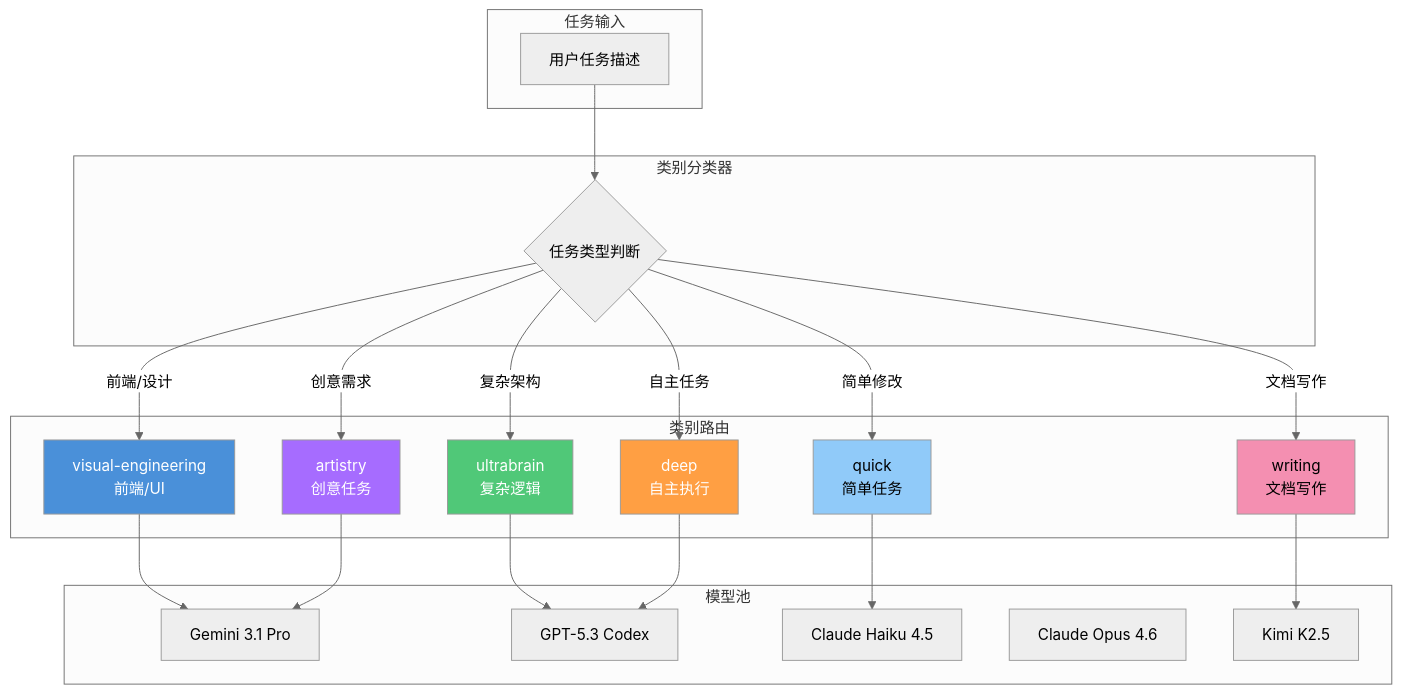
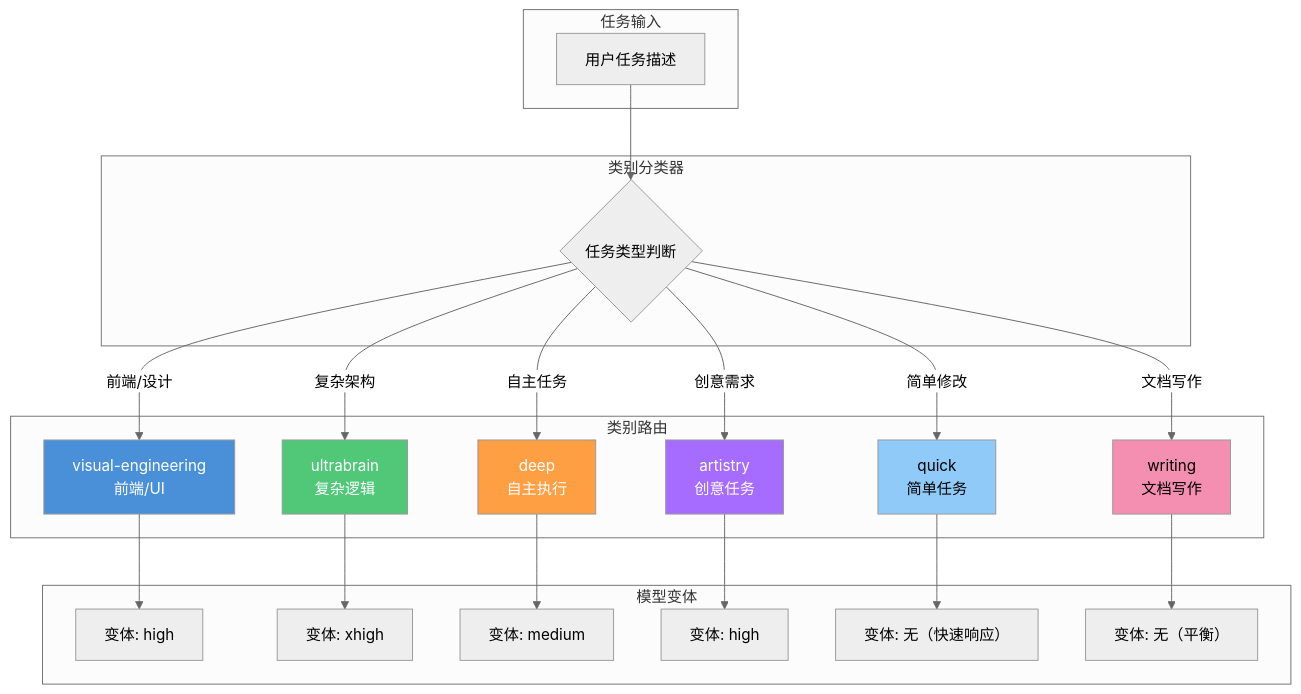
The second of 3 diagrams in src/03-setup/opencode-config.md (tonydeng/harness-engineering-from-oc-to-ai-coding), drawn with Mermaid (neutral theme) before and after one commit. The commit also changed other lines of this file and 39 other files, not shown here.

````diff
--- a/src/03-setup/opencode-config.md
+++ b/src/03-setup/opencode-config.md
@@ -388,49 +635,50 @@
 ```mermaid
 flowchart TB
     subgraph Input["任务输入"]
         T1["用户任务描述"]
     end
     
     subgraph Classifier["类别分类器"]
         C1{任务类型判断}
     end
     
     subgraph Categories["类别路由"]
         CAT1["visual-engineering<br/>前端/UI"]
         CAT2["ultrabrain<br/>复杂逻辑"]
         CAT3["deep<br/>自主执行"]
         CAT4["artistry<br/>创意任务"]
         CAT5["quick<br/>简单任务"]
         CAT6["writing<br/>文档写作"]
     end
     
-    subgraph Models["模型池"]
-        M1["Gemini 3.1 Pro"]
-        M2["GPT-5.3 Codex"]
-        M3["Claude Haiku 4.5"]
-        M4["Claude Opus 4.6"]
-        M5["Kimi K2.5"]
+    subgraph Variants["模型变体"]
+        M1["变体: high"]
+        M2["变体: xhigh"]
+        M3["变体: medium"]
+        M4["变体: high"]
+        M5["变体: 无（快速响应）"]
+        M6["变体: 无（平衡）"]
     end
     
     T1 --> C1
     C1 -->|"前端/设计"| CAT1
     C1 -->|"复杂架构"| CAT2
     C1 -->|"自主任务"| CAT3
     C1 -->|"创意需求"| CAT4
     C1 -->|"简单修改"| CAT5
     C1 -->|"文档写作"| CAT6
     
     CAT1 --> M1
     CAT2 --> M2
-    CAT3 --> M2
-    CAT4 --> M1
-    CAT5 --> M3
-    CAT6 --> M5
-    
+    CAT3 --> M3
+    CAT4 --> M4
+    CAT5 --> M5
+    CAT6 --> M6
+
     style CAT1 fill:#4A90D9,color:#fff
     style CAT2 fill:#50C878,color:#fff
     style CAT3 fill:#FF9F43,color:#fff
     style CAT4 fill:#A66CFF,color:#fff
     style CAT5 fill:#90caf9
     style CAT6 fill:#f48fb1
 ```
````
